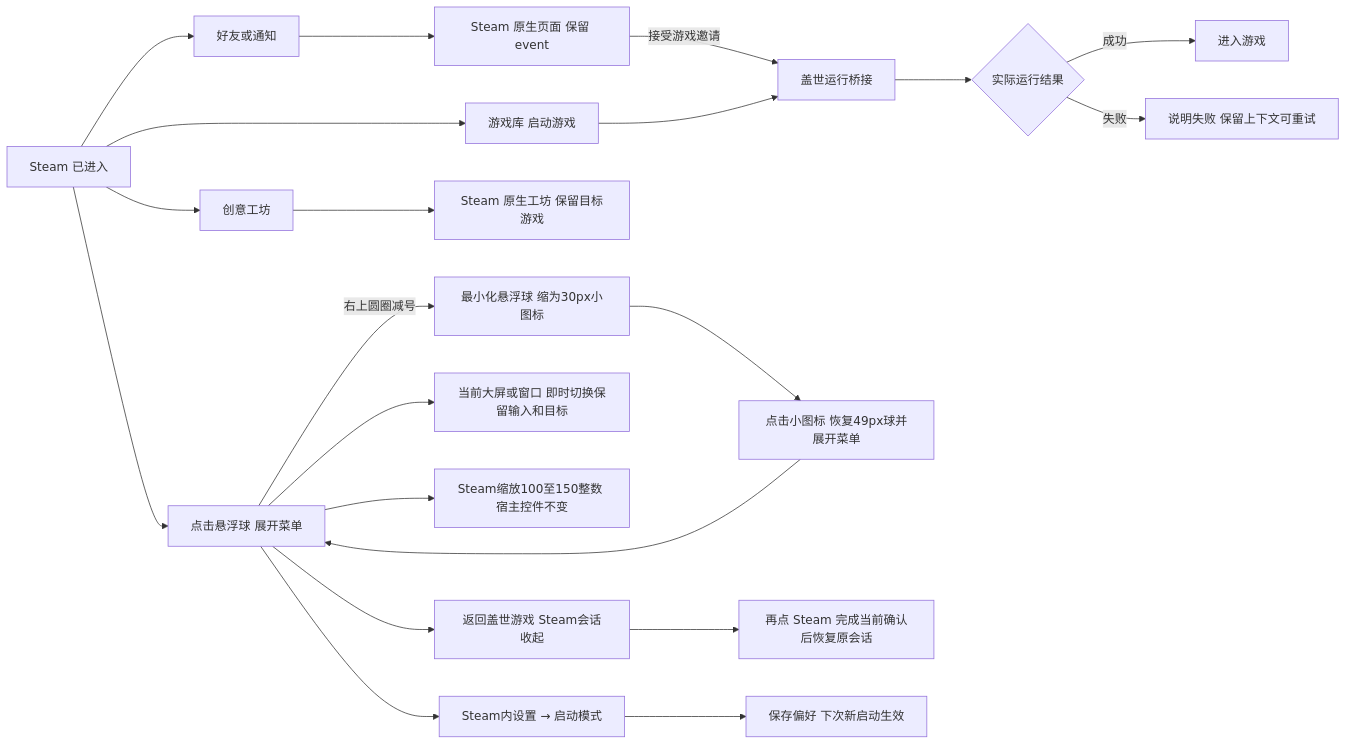
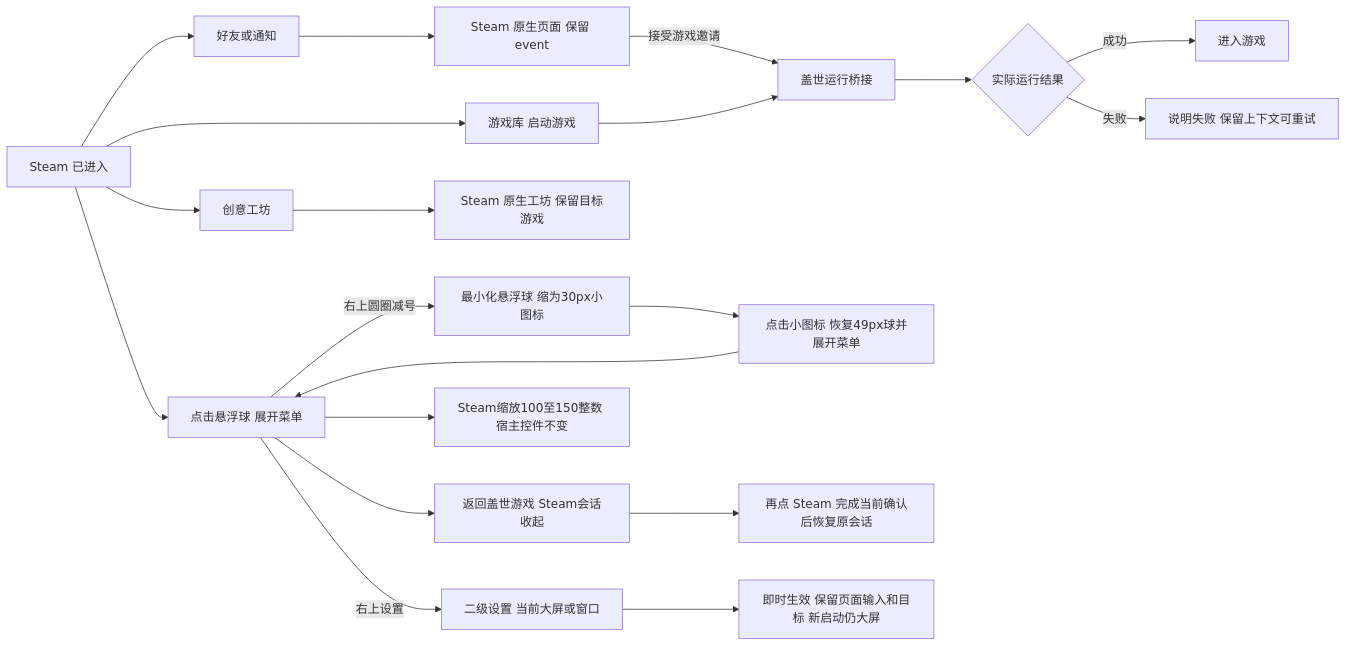
Before and after one commit to z36358631-ship-it/-: the second of 2 diagrams in outputs/steam-integration-20261028/方案与功能清单.md, drawn with Mermaid. The commit also changed other lines of this file and 111 other files, not shown here.

````diff
--- a/outputs/steam-integration-20261028/方案与功能清单.md
+++ b/outputs/steam-integration-20261028/方案与功能清单.md
@@ -126,23 +125,22 @@
 ```mermaid
 flowchart LR
   A[Steam 已进入] --> B[好友或通知]
   A --> C[创意工坊]
   A --> D[游戏库 启动游戏]
   B --> E[Steam 原生页面 保留 event]
   C --> F[Steam 原生工坊 保留目标游戏]
   E -- 接受游戏邀请 --> G[盖世运行桥接]
   D --> G
   G --> H{实际运行结果}
   H -- 成功 --> I[进入游戏]
   H -- 失败 --> J[说明失败 保留上下文可重试]
   A --> B0[点击悬浮球 展开菜单]
   B0 -- 右上圆圈减号 --> B1[最小化悬浮球 缩为30px小图标]
-  B0 --> VM[当前大屏或窗口 即时切换保留输入和目标]
+  B0 -- 右上设置 --> VM[二级设置 当前大屏或窗口]
   B0 --> VS[Steam缩放100至150整数 宿主控件不变]
   B1 --> B2[点击小图标 恢复49px球并展开菜单]
   B2 --> B0
   B0 --> K[返回盖世游戏 Steam会话收起]
   K --> L[再点 Steam 完成当前确认后恢复原会话]
-  B0 --> M[Steam内设置 → 启动模式]
-  M --> N[保存偏好 下次新启动生效]
+  VM --> N[即时生效 保留页面输入和目标 新启动仍大屏]
 ```
````
